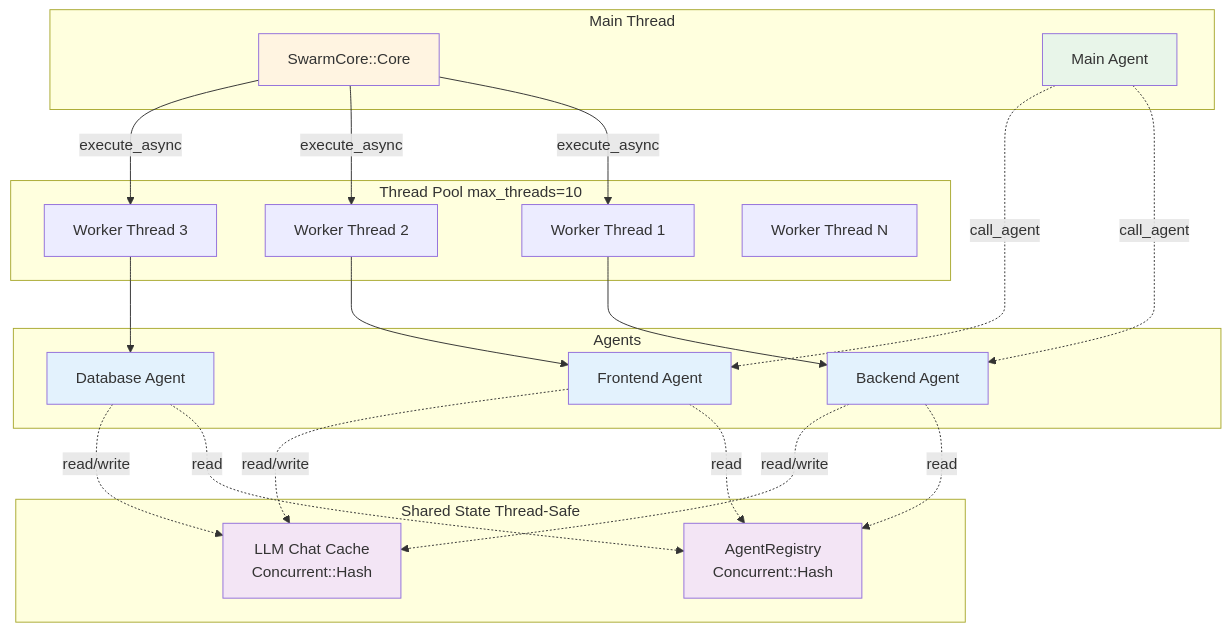
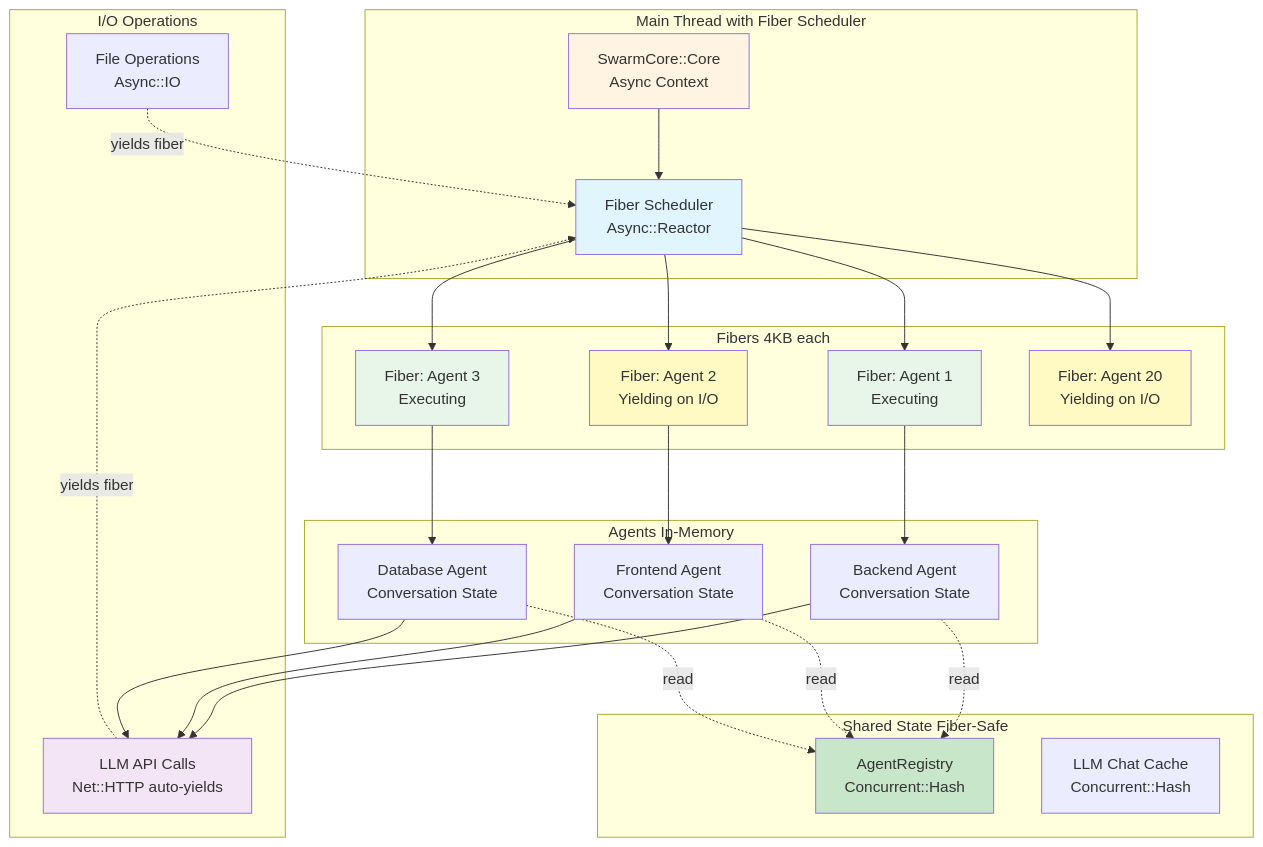
Before and after one commit to parruda/claude-swarm: the eighth of 9 diagrams in docs/swarm_core_architecture.md, drawn with Mermaid. The commit also changed other lines of this file and 7 other files, not shown here.

First line of the commit message:
Migrate SwarmCore to async/fiber architecture with RubyLLM native support

````diff
--- a/docs/swarm_core_architecture.md
+++ b/docs/swarm_core_architecture.md
@@ -1603,52 +1621,60 @@
 ```mermaid
 graph TB
-    subgraph "Main Thread"
-        Core[SwarmCore::Core]
-        MainAgent[Main Agent]
+    subgraph "Main Thread with Fiber Scheduler"
+        Core[SwarmCore::Core<br/>Async Context]
+        Scheduler[Fiber Scheduler<br/>Async::Reactor]
     end
 
-    subgraph "Thread Pool max_threads=10"
-        Thread1[Worker Thread 1]
-        Thread2[Worker Thread 2]
-        Thread3[Worker Thread 3]
-        ThreadN[Worker Thread N]
+    subgraph "Fibers 4KB each"
+        Fiber1[Fiber: Agent 1<br/>Executing]
+        Fiber2[Fiber: Agent 2<br/>Yielding on I/O]
+        Fiber3[Fiber: Agent 3<br/>Executing]
+        Fiber20[Fiber: Agent 20<br/>Yielding on I/O]
     end
 
-    subgraph "Agents"
-        Agent1[Backend Agent]
-        Agent2[Frontend Agent]
-        Agent3[Database Agent]
+    subgraph "Agents In-Memory"
+        Agent1[Backend Agent<br/>Conversation State]
+        Agent2[Frontend Agent<br/>Conversation State]
+        Agent3[Database Agent<br/>Conversation State]
     end
 
-    subgraph "Shared State Thread-Safe"
+    subgraph "Shared State Fiber-Safe"
         Registry[AgentRegistry<br/>Concurrent::Hash]
         LLMCache[LLM Chat Cache<br/>Concurrent::Hash]
     end
 
-    Core -->|execute_async| Thread1
-    Core -->|execute_async| Thread2
-    Core -->|execute_async| Thread3
+    subgraph "I/O Operations"
+        LLM_API[LLM API Calls<br/>Net::HTTP auto-yields]
+        FileIO[File Operations<br/>Async::IO]
+    end
 
-    Thread1 --> Agent1
-    Thread2 --> Agent2
-    Thread3 --> Agent3
+    Core --> Scheduler
+    Scheduler --> Fiber1
+    Scheduler --> Fiber2
+    Scheduler --> Fiber3
+    Scheduler --> Fiber20
+
+    Fiber1 --> Agent1
+    Fiber2 --> Agent2
+    Fiber3 --> Agent3
+
+    Agent1 --> LLM_API
+    Agent2 --> LLM_API
+    Agent3 --> LLM_API
+
+    LLM_API -.->|yields fiber| Scheduler
+    FileIO -.->|yields fiber| Scheduler
 
     Agent1 -.->|read| Registry
     Agent2 -.->|read| Registry
     Agent3 -.->|read| Registry
 
-    Agent1 -.->|read/write| LLMCache
-    Agent2 -.->|read/write| LLMCache
-    Agent3 -.->|read/write| LLMCache
-
-    MainAgent -.->|call_agent| Agent1
-    MainAgent -.->|call_agent| Agent2
-
     style Core fill:#fff4e1
-    style MainAgent fill:#e8f5e9
-    style Agent1 fill:#e3f2fd
-    style Agent2 fill:#e3f2fd
-    style Agent3 fill:#e3f2fd
-    style Registry fill:#f3e5f5
-    style LLMCache fill:#f3e5f5
+    style Scheduler fill:#e1f5ff
+    style Fiber1 fill:#e8f5e9
+    style Fiber2 fill:#fff9c4
+    style Fiber3 fill:#e8f5e9
+    style Fiber20 fill:#fff9c4
+    style LLM_API fill:#f3e5f5
+    style Registry fill:#c8e6c9
 ```
````
